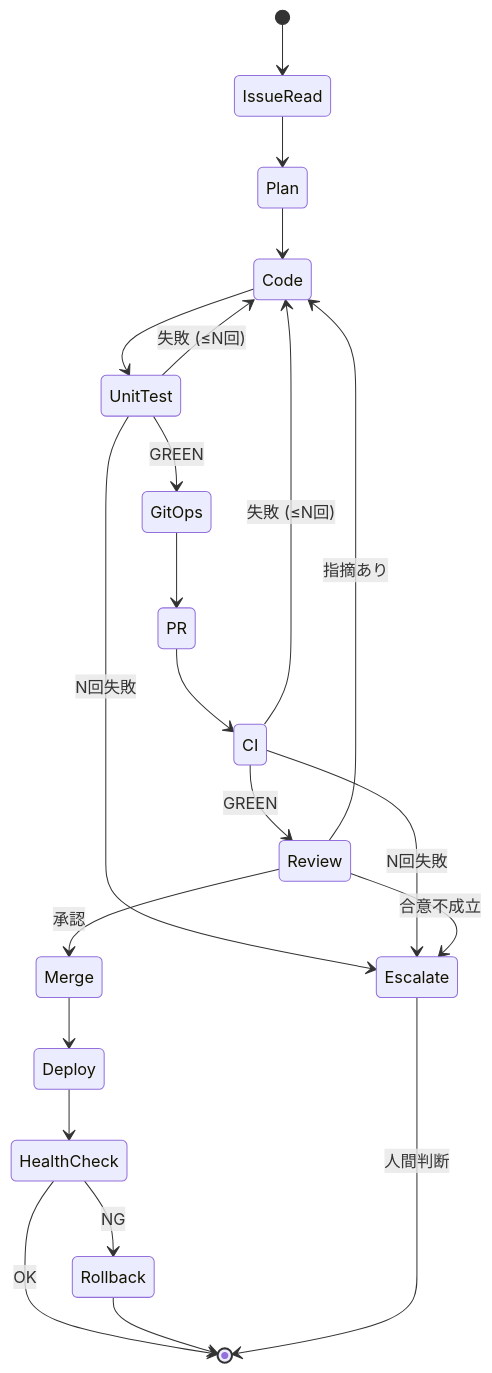
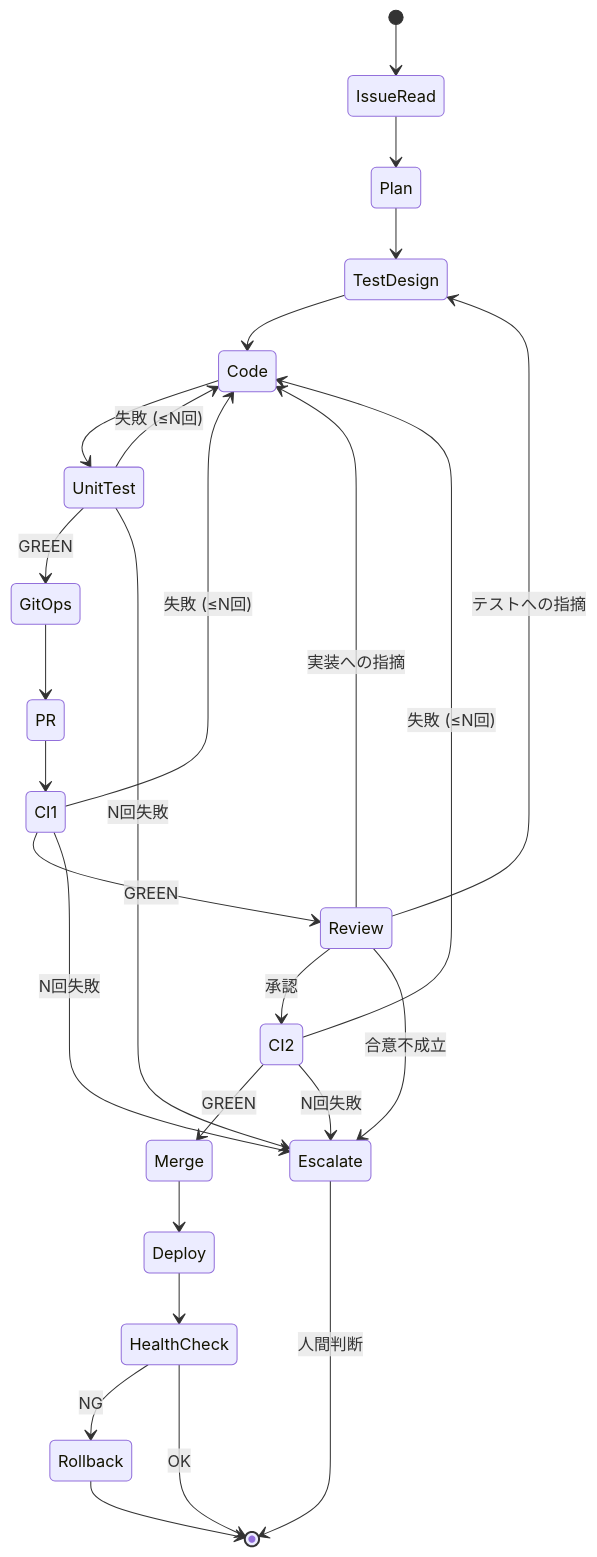
One commit to shuji-bonji/ai-agent-architecture changed the fourth of 8 diagrams in docs/ja/workflows/autonomous-dev-meta-agent.md. Above: the diagram before and after it, drawn with Mermaid. The commit also changed other lines of this file and 1 other file, not shown here.

````diff
--- a/docs/ja/workflows/autonomous-dev-meta-agent.md
+++ b/docs/ja/workflows/autonomous-dev-meta-agent.md
@@ -198,24 +228,29 @@
 ```mermaid
 stateDiagram-v2
     [*] --> IssueRead
     IssueRead --> Plan
-    Plan --> Code
+    Plan --> TestDesign
+    TestDesign --> Code
     Code --> UnitTest
     UnitTest --> Code: 失敗 (≤N回)
     UnitTest --> GitOps: GREEN
     GitOps --> PR
-    PR --> CI
-    CI --> Code: 失敗 (≤N回)
-    CI --> Review: GREEN
-    Review --> Code: 指摘あり
-    Review --> Merge: 承認
+    PR --> CI1
+    CI1 --> Code: 失敗 (≤N回)
+    CI1 --> Review: GREEN
+    Review --> Code: 実装への指摘
+    Review --> TestDesign: テストへの指摘
+    Review --> CI2: 承認
+    CI2 --> Code: 失敗 (≤N回)
+    CI2 --> Merge: GREEN
     Merge --> Deploy
     Deploy --> HealthCheck
     HealthCheck --> Rollback: NG
     HealthCheck --> [*]: OK
     Rollback --> [*]
     UnitTest --> Escalate: N回失敗
-    CI --> Escalate: N回失敗
+    CI1 --> Escalate: N回失敗
+    CI2 --> Escalate: N回失敗
     Review --> Escalate: 合意不成立
     Escalate --> [*]: 人間判断
 ```
````
